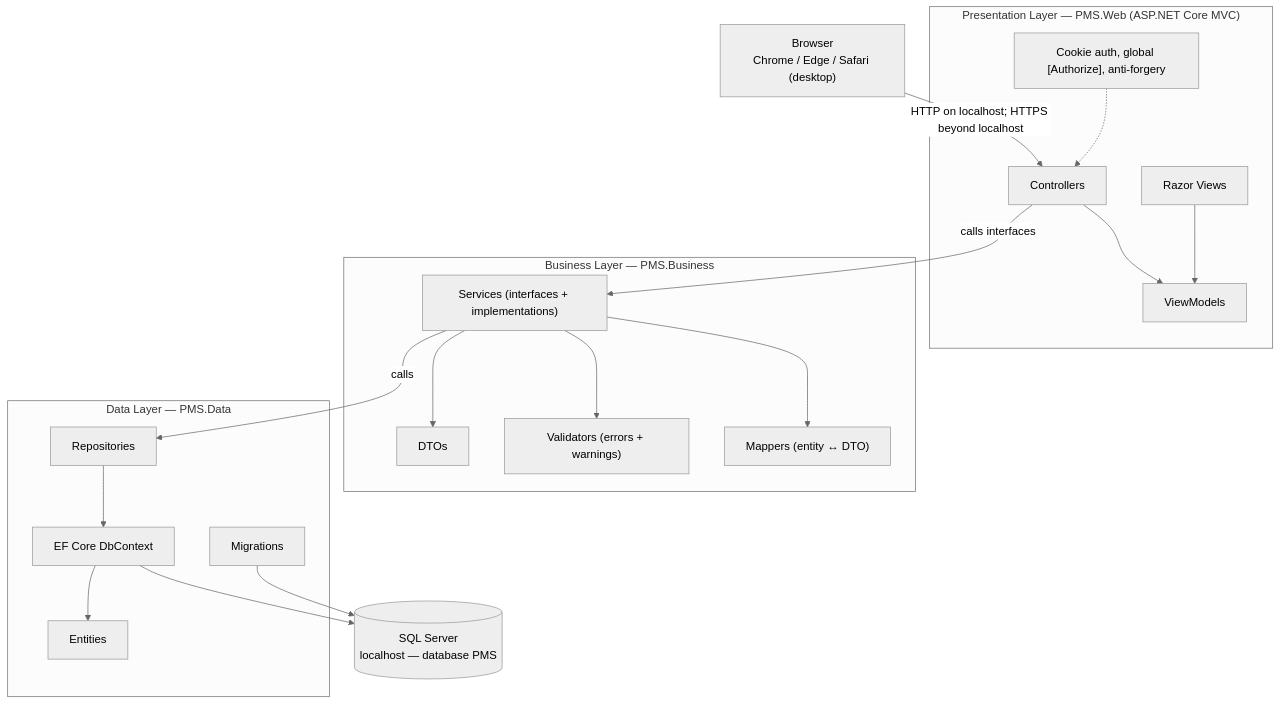
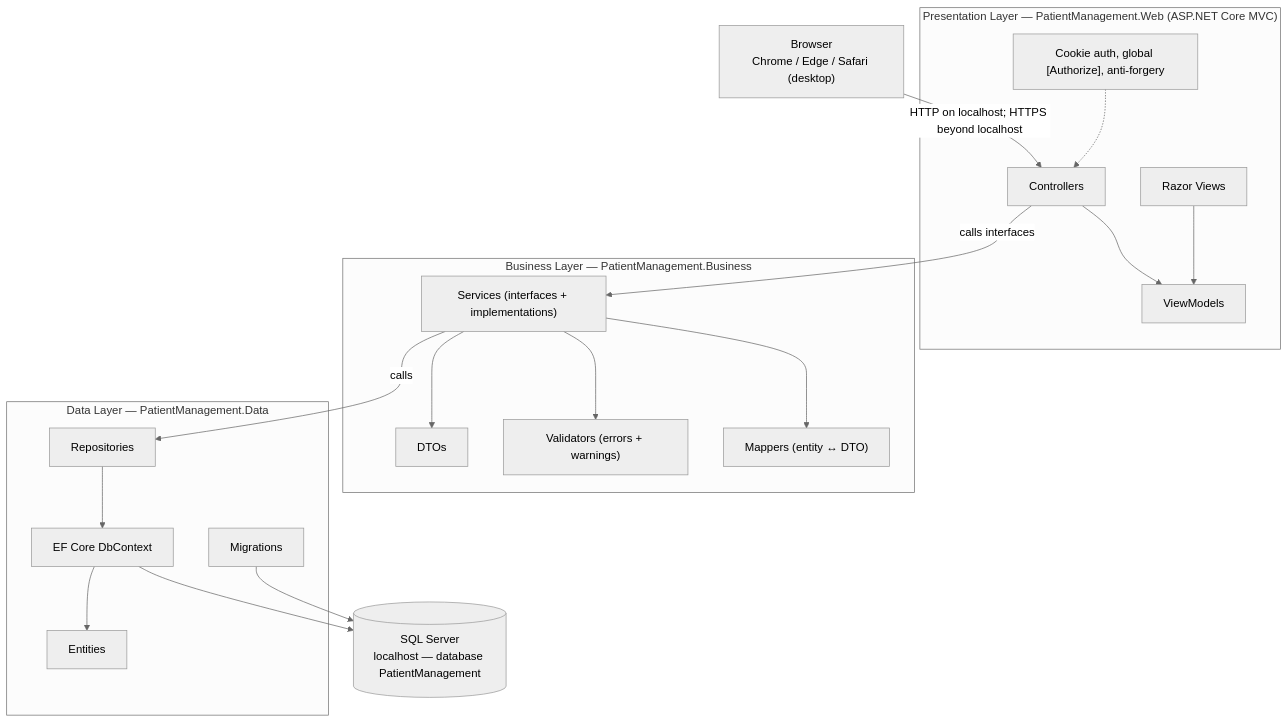
The first of 3 diagrams in Documentation/02-Planning/02-Three-Tier-Architecture-Diagram.md (sravva1994D/ClaudeCodeBhaskar), drawn with Mermaid (neutral theme) before and after one commit. The commit also changed other lines of this file and 9 other files, not shown here.

First line of the commit message:
docs(planning): rename PMS.* to PatientManagement.* (R-1)

````diff
--- a/Documentation/02-Planning/02-Three-Tier-Architecture-Diagram.md
+++ b/Documentation/02-Planning/02-Three-Tier-Architecture-Diagram.md
@@ -8,41 +8,41 @@
 ```mermaid
 flowchart TB
   Browser["Browser<br/>Chrome / Edge / Safari (desktop)"]
 
-  subgraph PRES["Presentation Layer — PMS.Web (ASP.NET Core MVC)"]
+  subgraph PRES["Presentation Layer — PatientManagement.Web (ASP.NET Core MVC)"]
     CTRL["Controllers"]
     VIEWS["Razor Views"]
     VM["ViewModels"]
     AUTH["Cookie auth, global [Authorize], anti-forgery"]
   end
 
-  subgraph BIZ["Business Layer — PMS.Business"]
+  subgraph BIZ["Business Layer — PatientManagement.Business"]
     SVC["Services (interfaces + implementations)"]
     DTO["DTOs"]
     VAL["Validators (errors + warnings)"]
     MAP["Mappers (entity ↔ DTO)"]
   end
 
-  subgraph DATA["Data Layer — PMS.Data"]
+  subgraph DATA["Data Layer — PatientManagement.Data"]
     REPO["Repositories"]
     CTX["EF Core DbContext"]
     ENT["Entities"]
     MIG["Migrations"]
   end
 
-  DB[("SQL Server<br/>localhost — database PMS")]
+  DB[("SQL Server<br/>localhost — database PatientManagement")]
 
   Browser -->|"HTTP on localhost; HTTPS beyond localhost"| CTRL
   CTRL --> VM
   VIEWS --> VM
   CTRL -->|"calls interfaces"| SVC
   SVC --> DTO
   SVC --> VAL
   SVC --> MAP
   SVC -->|"calls"| REPO
   REPO --> CTX
   CTX --> ENT
   CTX --> DB
   MIG --> DB
   AUTH -.-> CTRL
 ```
````
